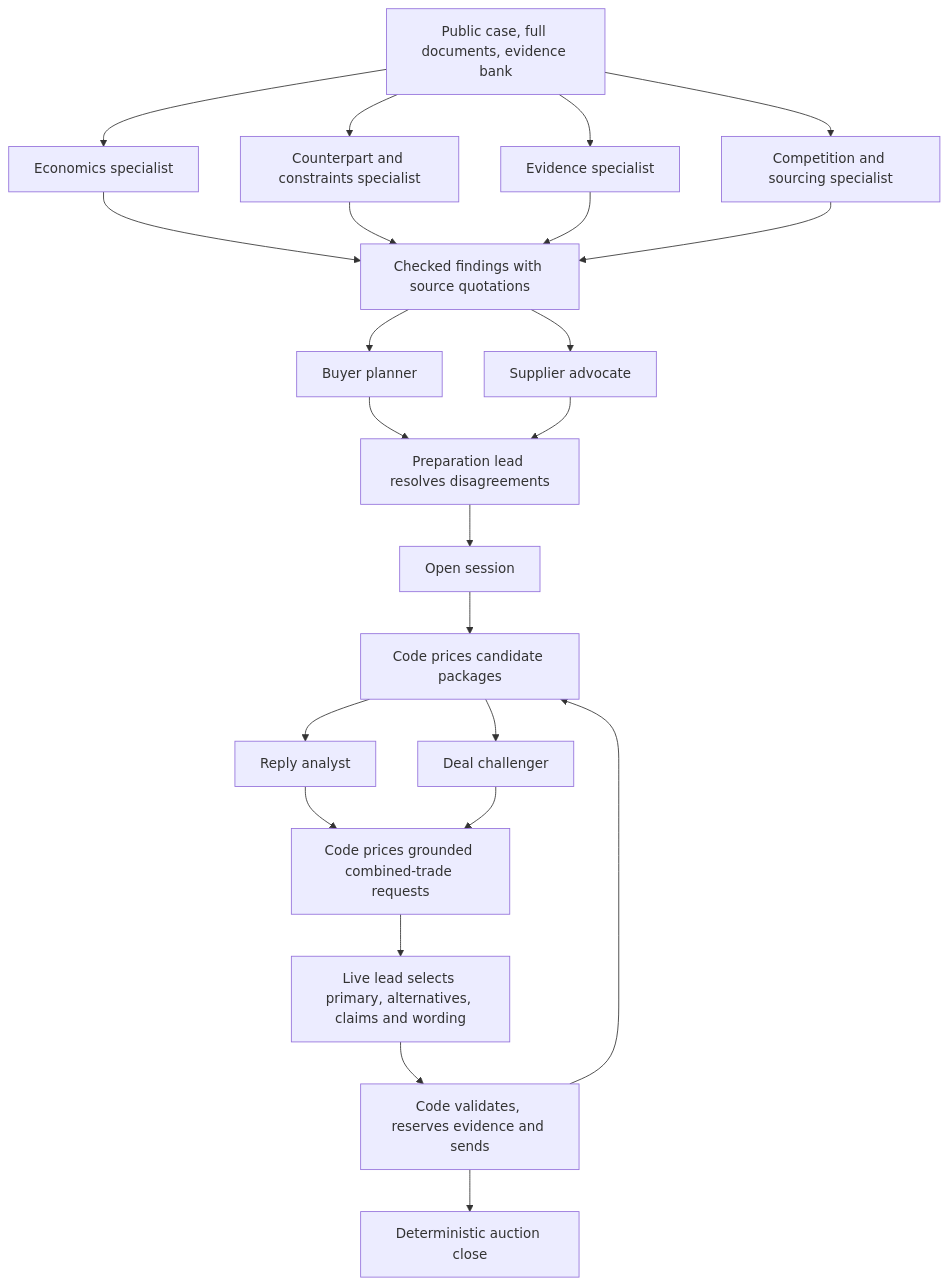
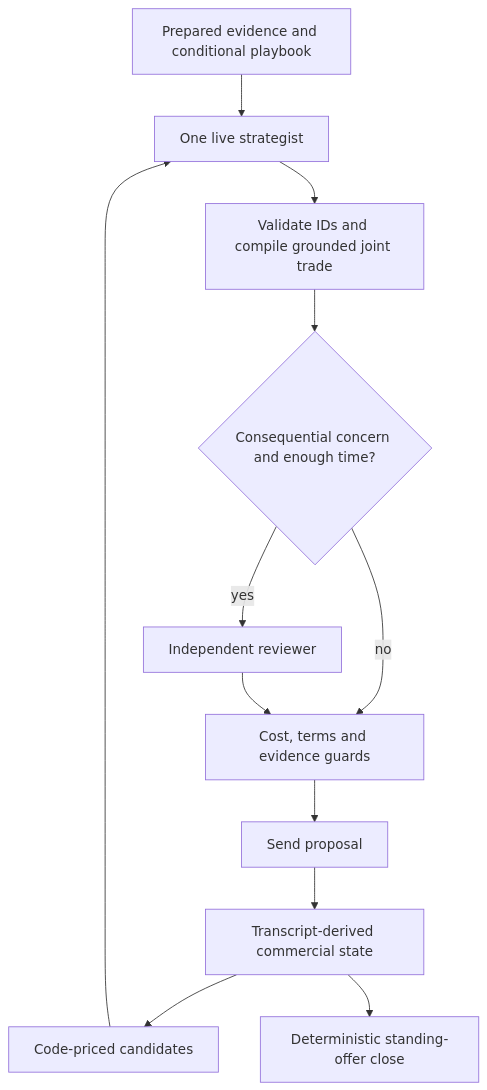
The diagram in docs/unified-baseline.md (mert-ayv/MM-Hackathon), drawn with Mermaid before and after one commit. The commit also changed other lines of this file and 21 other files, not shown here.

````diff
--- a/docs/unified-baseline.md
+++ b/docs/unified-baseline.md
@@ -9,20 +47,14 @@
 ```mermaid
 flowchart TD
-    D[Public case, full documents, evidence bank] --> E[Economics specialist]
-    D --> P[Counterpart and constraints specialist]
-    D --> F[Evidence specialist]
-    D --> C[Competition and sourcing specialist]
-    E & P & F & C --> R[Checked findings with source quotations]
-    R --> B[Buyer planner]
-    R --> S[Supplier advocate]
-    B & S --> L[Preparation lead resolves disagreements]
-    L --> O[Open session]
-    O --> M[Code prices candidate packages]
-    M --> A[Reply analyst]
-    M --> X[Deal challenger]
-    A & X --> J[Code prices grounded combined-trade requests]
-    J --> T[Live lead selects primary, alternatives, claims and wording]
-    T --> V[Code validates, reserves evidence and sends]
-    V --> M
-    V --> G[Deterministic auction close]
+    B[Prepared evidence and conditional playbook] --> L[One live strategist]
+    T[Transcript-derived commercial state] --> C[Code-priced candidates]
+    C --> L
+    L --> V[Validate IDs and compile grounded joint trade]
+    V --> Q{Consequential concern and enough time?}
+    Q -->|yes| R[Independent reviewer]
+    Q -->|no| G[Cost, terms and evidence guards]
+    R --> G
+    G --> S[Send proposal]
+    S --> T
+    T --> F[Deterministic standing-offer close]
 ```
````
